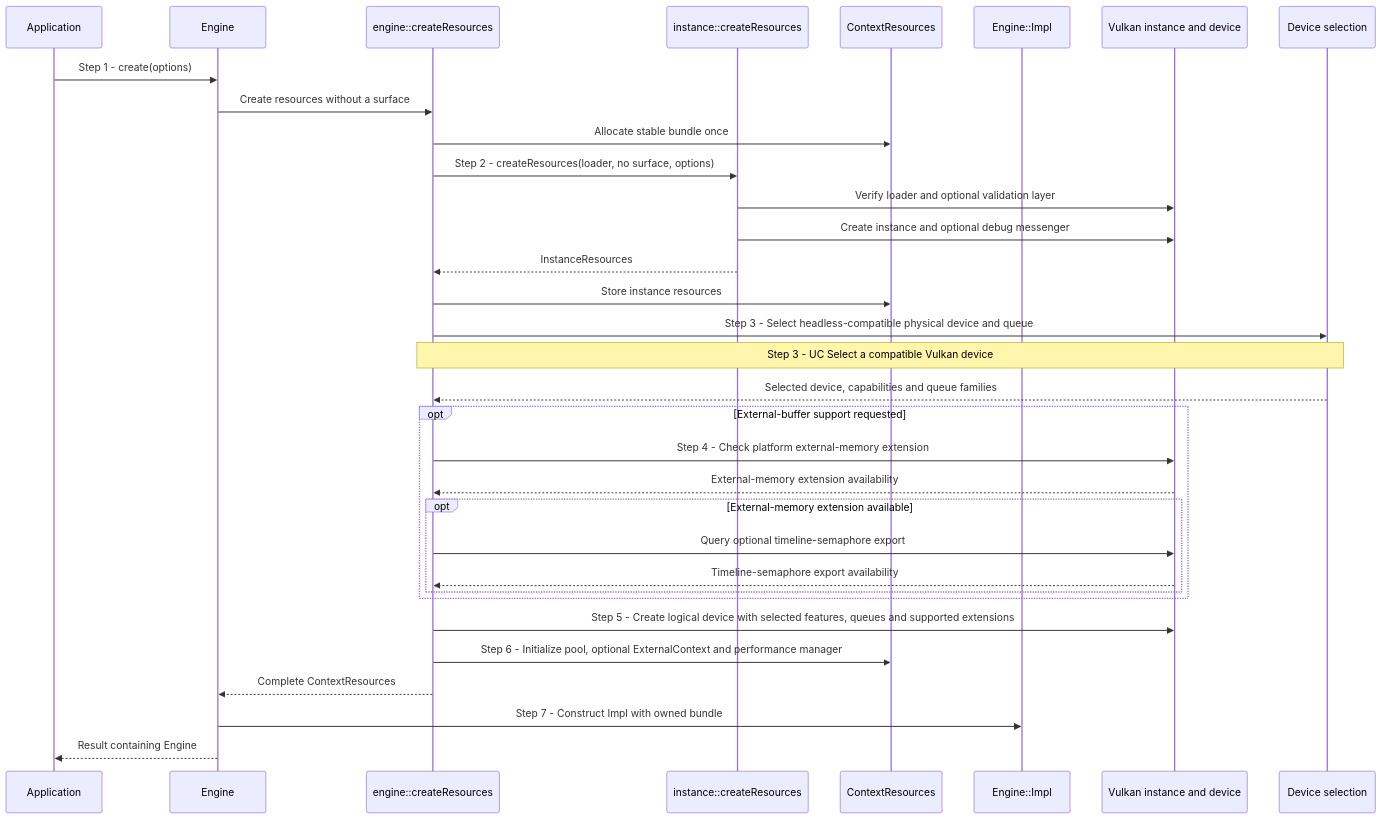
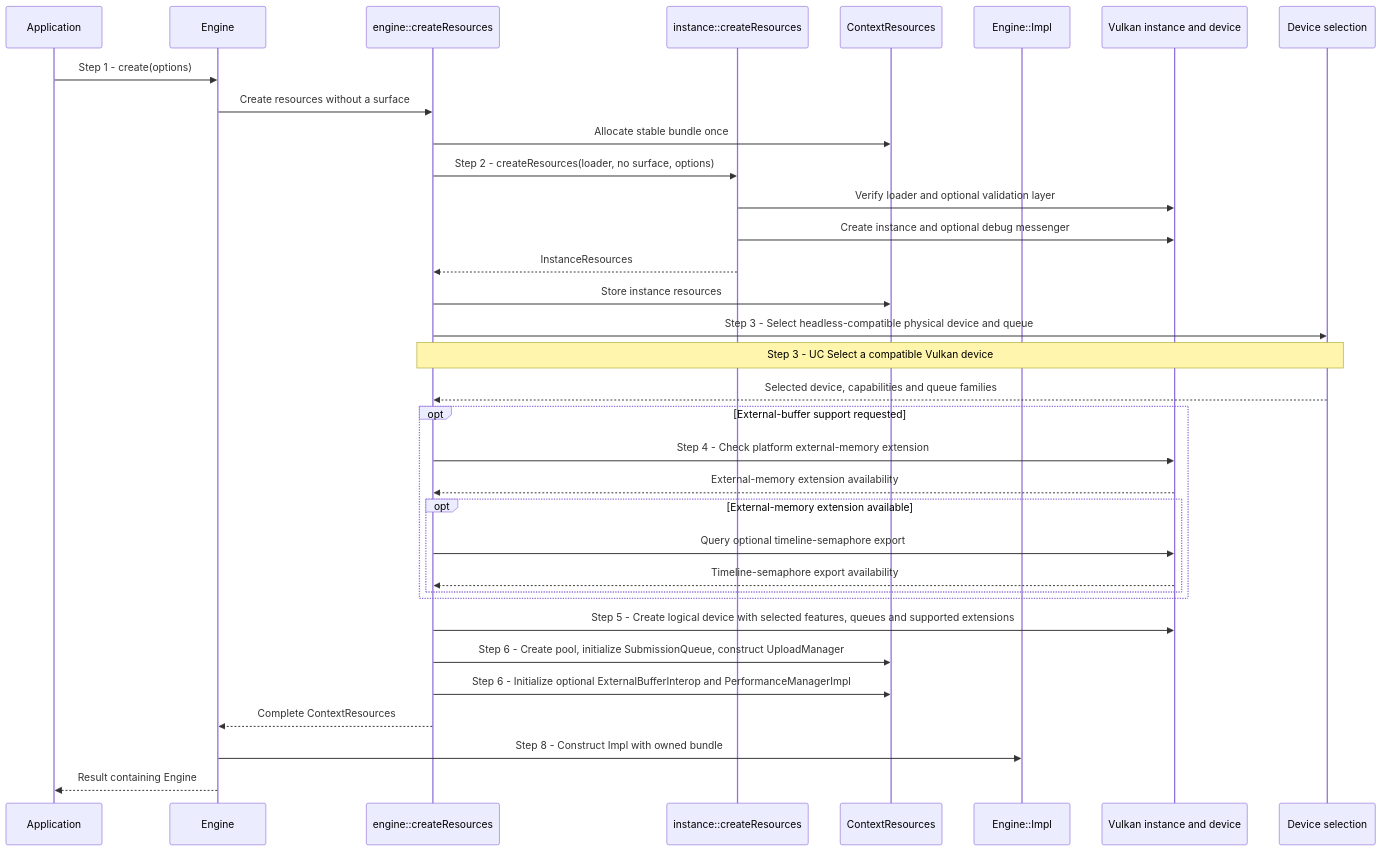
The first of 3 diagrams in docs/use-cases/create-context.md (a-soltysik/Panda), drawn with Mermaid before and after one commit. The commit also changed other lines of this file and 40 other files, not shown here.

Commit message:
Initialize submission infrastructure before context services (#121)

````diff
--- a/docs/use-cases/create-context.md
+++ b/docs/use-cases/create-context.md
@@ -66,35 +70,36 @@
 ```mermaid
 sequenceDiagram
     participant A as Application
     participant C as Engine
     participant F as engine::createResources
     participant X as instance::createResources
     participant R as ContextResources
     participant I as Engine::Impl
     participant V as Vulkan instance and device
     participant D as Device selection
     A->>C: Step 1 - create(options)
     C->>F: Create resources without a surface
     F->>R: Allocate stable bundle once
     F->>X: Step 2 - createResources(loader, no surface, options)
     X->>V: Verify loader and optional validation layer
     X->>V: Create instance and optional debug messenger
     X-->>F: InstanceResources
     F->>R: Store instance resources
     F->>D: Step 3 - Select headless-compatible physical device and queue
     Note over F,D: Step 3 - UC Select a compatible Vulkan device
     D-->>F: Selected device, capabilities and queue families
     opt External-buffer support requested
         F->>V: Step 4 - Check platform external-memory extension
         V-->>F: External-memory extension availability
         opt External-memory extension available
             F->>V: Query optional timeline-semaphore export
             V-->>F: Timeline-semaphore export availability
         end
     end
     F->>V: Step 5 - Create logical device with selected features, queues and supported extensions
-    F->>R: Step 6 - Initialize pool, optional ExternalContext and performance manager
+    F->>R: Step 6 - Create pool, initialize SubmissionQueue, construct UploadManager
+    F->>R: Step 6 - Initialize optional ExternalBufferInterop and PerformanceManagerImpl
     F-->>C: Complete ContextResources
-    C->>I: Step 7 - Construct Impl with owned bundle
+    C->>I: Step 8 - Construct Impl with owned bundle
     C-->>A: Result containing Engine
 ```
````
